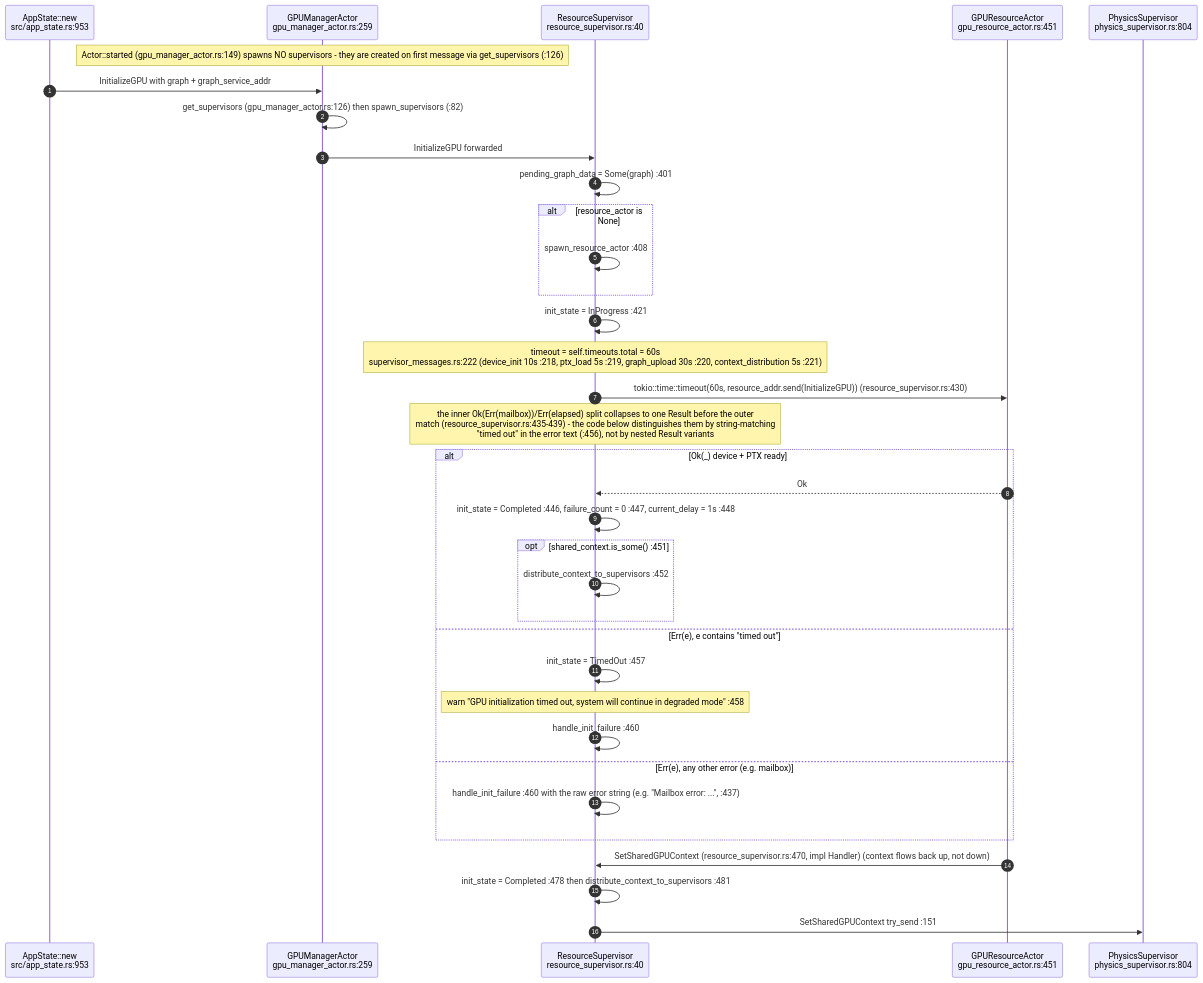
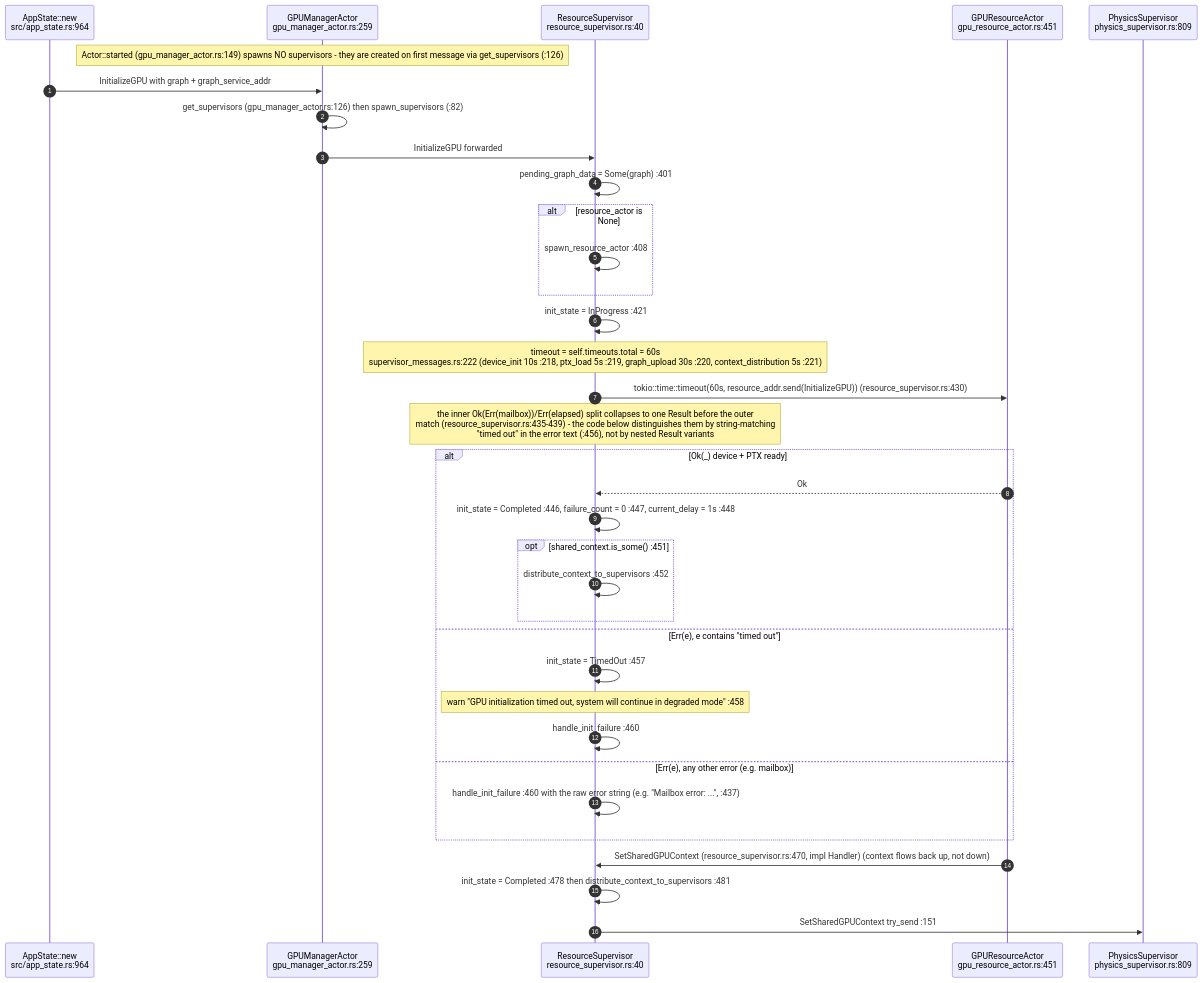
Before and after one commit to DreamLab-AI/VisionFlow: the second of 8 diagrams in docs/diagrams/visionclaw/10-gpu-supervision-and-context-bus.md, drawn with Mermaid. The commit also changed other lines of this file and 81 other files, not shown here.

First line of the commit message:
docs(diagrams): roll VisionClaw topics to main 010e1109b (PR 37 and 38 merged); fix remaining prose citations

````diff
--- a/docs/diagrams/visionclaw/10-gpu-supervision-and-context-bus.md
+++ b/docs/diagrams/visionclaw/10-gpu-supervision-and-context-bus.md
@@ -98,38 +98,38 @@
 ```mermaid
 sequenceDiagram
     autonumber
-    participant APP as AppState::new<br/>src/app_state.rs:953
+    participant APP as AppState::new<br/>src/app_state.rs:964
     participant GM as GPUManagerActor<br/>gpu_manager_actor.rs:259
     participant RS as ResourceSupervisor<br/>resource_supervisor.rs:40
     participant GRA as GPUResourceActor<br/>gpu_resource_actor.rs:451
-    participant PS as PhysicsSupervisor<br/>physics_supervisor.rs:804
+    participant PS as PhysicsSupervisor<br/>physics_supervisor.rs:809
 
     Note over GM: Actor::started (gpu_manager_actor.rs:149) spawns NO supervisors - they are created on first message via get_supervisors (:126)
     APP->>GM: InitializeGPU with graph + graph_service_addr
     GM->>GM: get_supervisors (gpu_manager_actor.rs:126) then spawn_supervisors (:82)
     GM->>RS: InitializeGPU forwarded
     RS->>RS: pending_graph_data = Some(graph) :401
     alt resource_actor is None
         RS->>RS: spawn_resource_actor :408
     end
     RS->>RS: init_state = InProgress :421
     Note over RS: timeout = self.timeouts.total = 60s<br/>supervisor_messages.rs:222 (device_init 10s :218, ptx_load 5s :219, graph_upload 30s :220, context_distribution 5s :221)
     RS->>GRA: tokio::time::timeout(60s, resource_addr.send(InitializeGPU)) (resource_supervisor.rs:430)
     Note over RS: the inner Ok(Err(mailbox))/Err(elapsed) split collapses to one Result before the outer<br/>match (resource_supervisor.rs:435-439) - the code below distinguishes them by string-matching<br/>"timed out" in the error text (:456), not by nested Result variants
     alt Ok(_) device + PTX ready
         GRA-->>RS: Ok
         RS->>RS: init_state = Completed :446, failure_count = 0 :447, current_delay = 1s :448
         opt shared_context.is_some() :451
             RS->>RS: distribute_context_to_supervisors :452
         end
     else Err(e), e contains "timed out"
         RS->>RS: init_state = TimedOut :457
         Note over RS: warn "GPU initialization timed out, system will continue in degraded mode" :458
         RS->>RS: handle_init_failure :460
     else Err(e), any other error (e.g. mailbox)
         RS->>RS: handle_init_failure :460 with the raw error string (e.g. "Mailbox error: ...", :437)
     end
     GRA->>RS: SetSharedGPUContext (resource_supervisor.rs:470, impl Handler) (context flows back up, not down)
     RS->>RS: init_state = Completed :478 then distribute_context_to_supervisors :481
     RS->>PS: SetSharedGPUContext try_send :151
 ```
````
